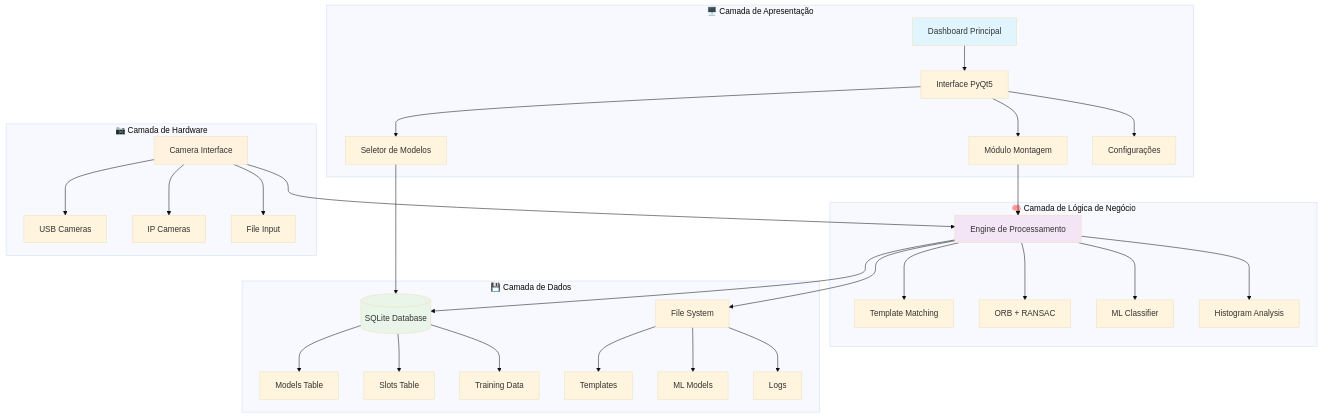
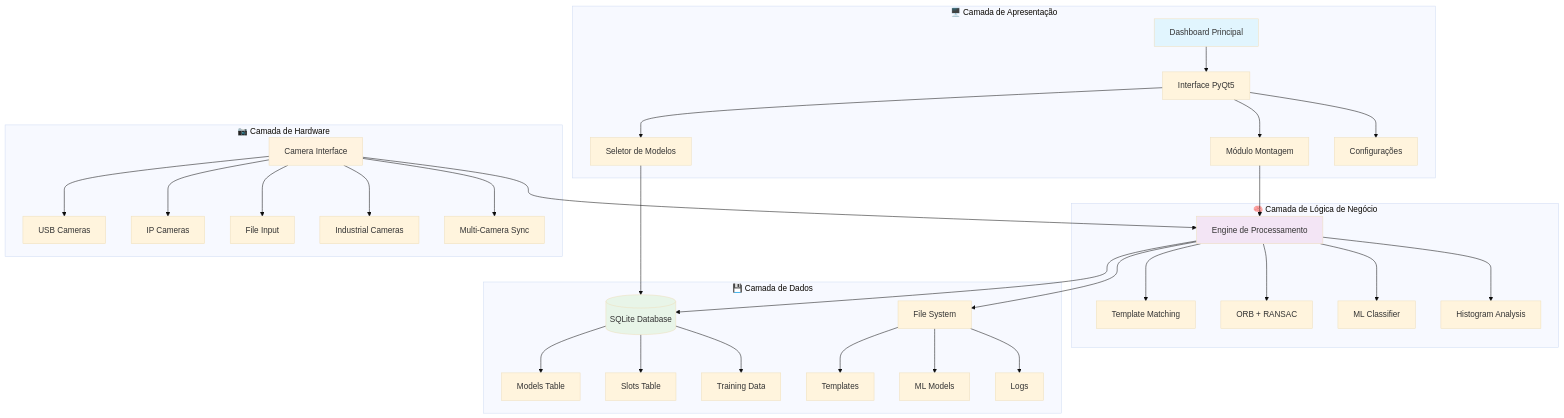
Before and after one commit to walterrvf/DX-Project-Cursor-: the first of 3 diagrams in DOCUMENTACAO_TECNICA.md, drawn with Mermaid (base theme). The commit also changed other lines of this file and 32 other files, not shown here.

````diff
--- a/DOCUMENTACAO_TECNICA.md
+++ b/DOCUMENTACAO_TECNICA.md
@@ -26,42 +34,44 @@
 ```mermaid
 graph TB
     subgraph "🖥️ Camada de Apresentação"
         A[Dashboard Principal] --> B[Interface PyQt5]
         B --> C[Módulo Montagem]
         B --> D[Seletor de Modelos]
         B --> E[Configurações]
     end
     
     subgraph "🧠 Camada de Lógica de Negócio"
         F[Engine de Processamento] --> G[Template Matching]
         F --> H[ORB + RANSAC]
         F --> I[ML Classifier]
         F --> J[Histogram Analysis]
     end
     
     subgraph "💾 Camada de Dados"
         K[(SQLite Database)] --> L[Models Table]
         K --> M[Slots Table]
         K --> N[Training Data]
         O[File System] --> P[Templates]
         O --> Q[ML Models]
         O --> R[Logs]
     end
     
     subgraph "📷 Camada de Hardware"
         S[Camera Interface] --> T[USB Cameras]
         S --> U[IP Cameras]
         S --> V[File Input]
+        S --> W[Industrial Cameras]
+        S --> X[Multi-Camera Sync]
     end
     
     C --> F
     D --> K
     F --> K
     F --> O
     S --> F
     
     style A fill:#e1f5fe
     style F fill:#f3e5f5
     style K fill:#e8f5e8
     style S fill:#fff3e0
 ```
````
